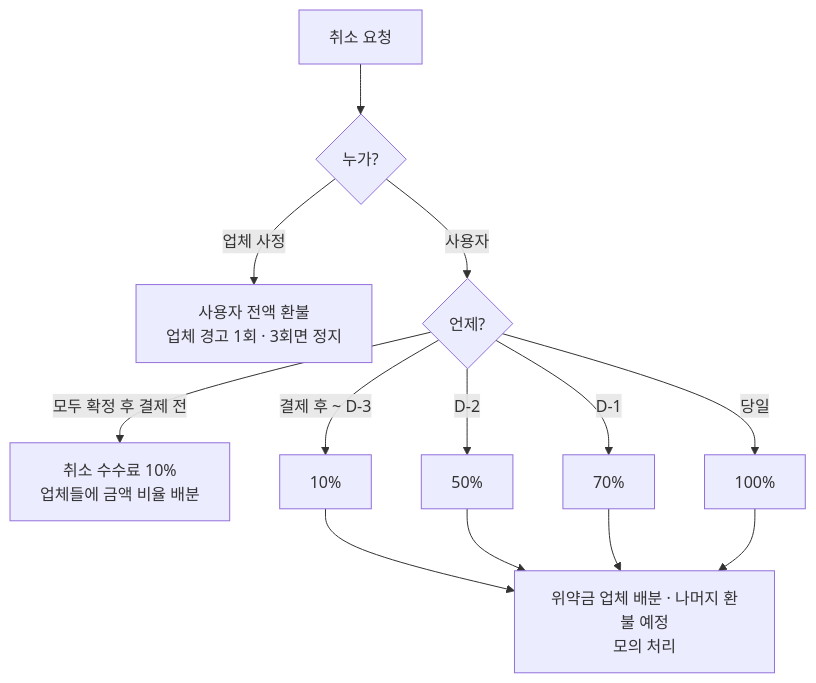
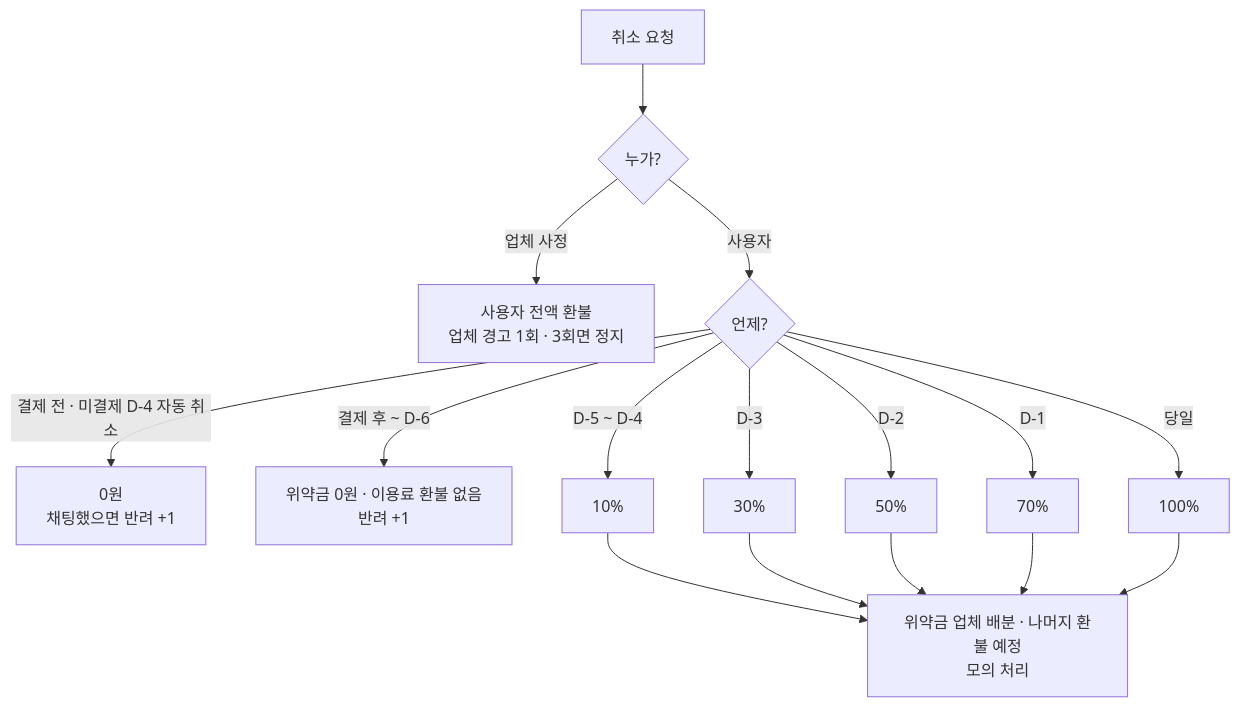
One commit to KHW1003/stage-duck changed the sixth of 7 diagrams in specs/user-flow.md. Above: the diagram before and after it, drawn with Mermaid. The commit also changed 11 other files, not shown here.

````diff
--- a/specs/user-flow.md
+++ b/specs/user-flow.md
@@ -124,12 +124,14 @@
 ```mermaid
 flowchart TD
     A[취소 요청] --> B{누가?}
     B -- 업체 사정 --> C[사용자 전액 환불<br/>업체 경고 1회 · 3회면 정지]
     B -- 사용자 --> D{언제?}
-    D -- 모두 확정 후 결제 전 --> E[취소 수수료 10%<br/>업체들에 금액 비율 배분]
-    D -- 결제 후 ~ D-3 --> F[10%]
+    D -- 결제 전 · 미결제 D-4 자동 취소 --> E[0원<br/>채팅했으면 반려 +1]
+    D -- 결제 후 ~ D-6 --> E2[위약금 0원 · 이용료 환불 없음<br/>반려 +1]
+    D -- D-5 ~ D-4 --> F[10%]
+    D -- D-3 --> F3[30%]
     D -- D-2 --> G[50%]
     D -- D-1 --> H[70%]
     D -- 당일 --> I[100%]
-    F & G & H & I --> J[위약금 업체 배분 · 나머지 환불 예정<br/>모의 처리]
+    F & F3 & G & H & I --> J[위약금 업체 배분 · 나머지 환불 예정<br/>모의 처리]
 ```
````
